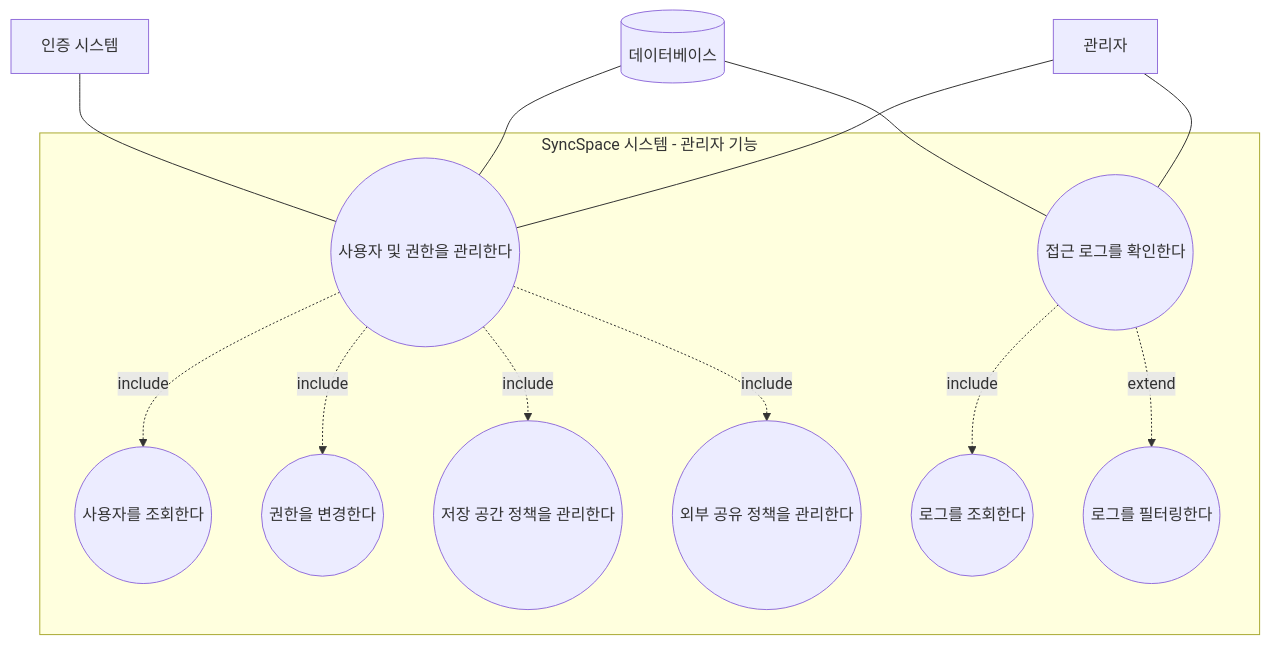
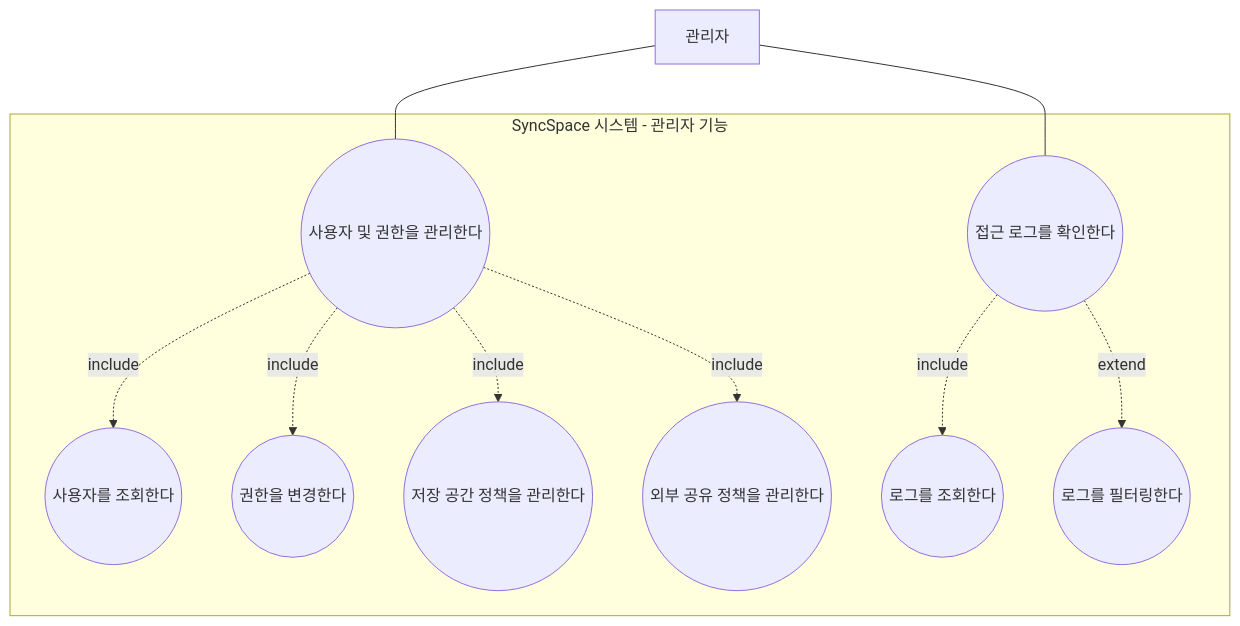
Before and after one commit to csharon0218/se: the third of 16 diagrams in doc/requirements_analysis.md, drawn with Mermaid. The commit also changed other lines of this file, not shown here.

````diff
--- a/doc/requirements_analysis.md
+++ b/doc/requirements_analysis.md
@@ -203,27 +204,23 @@
 ```mermaid
 flowchart TB
     subgraph S[SyncSpace 시스템 - 관리자 기능]
         U11((사용자 및 권한을 관리한다))
         U11A((사용자를 조회한다))
         U11B((권한을 변경한다))
         U11C((저장 공간 정책을 관리한다))
         U11D((외부 공유 정책을 관리한다))
         U12((접근 로그를 확인한다))
         U12A((로그를 조회한다))
         U12B((로그를 필터링한다))
     end
 
     Admin[관리자] --- U11
     Admin --- U12
 
-    DB[(데이터베이스)] --- U11
-    DB --- U12
-    Auth[인증 시스템] --- U11
-
     U11 -. include .-> U11A
     U11 -. include .-> U11B
     U11 -. include .-> U11C
     U11 -. include .-> U11D
     U12 -. include .-> U12A
     U12 -. extend .-> U12B
 ```
````
